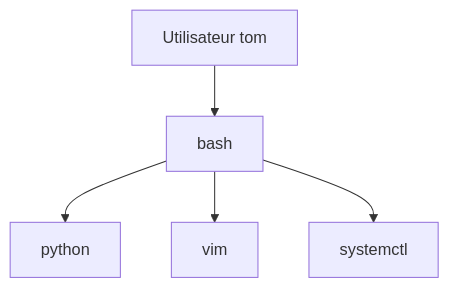
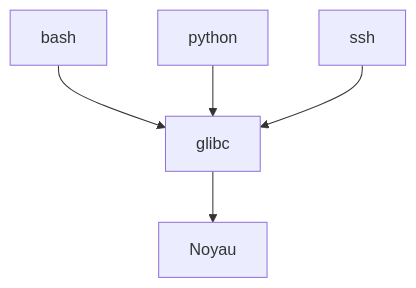
Before and after one commit to tdelaclos/formations: the third of 16 diagrams in campagne 1/1.3.md, drawn with Mermaid. The commit also changed other lines of this file, not shown here.

````diff
--- a/campagne 1/1.3.md
+++ b/campagne 1/1.3.md
@@ -140,18 +215,18 @@
 ```mermaid
 flowchart TD
 
-A["Utilisateur tom"]
+A["bash"]
 
-B["bash"]
+B["python"]
 
-C["python"]
+C["ssh"]
 
-D["vim"]
+D["glibc"]
 
-E["systemctl"]
+E["Noyau"]
 
-A --> B
-B --> C
+A --> D
 B --> D
-B --> E
+C --> D
+D --> E
 ```
````
